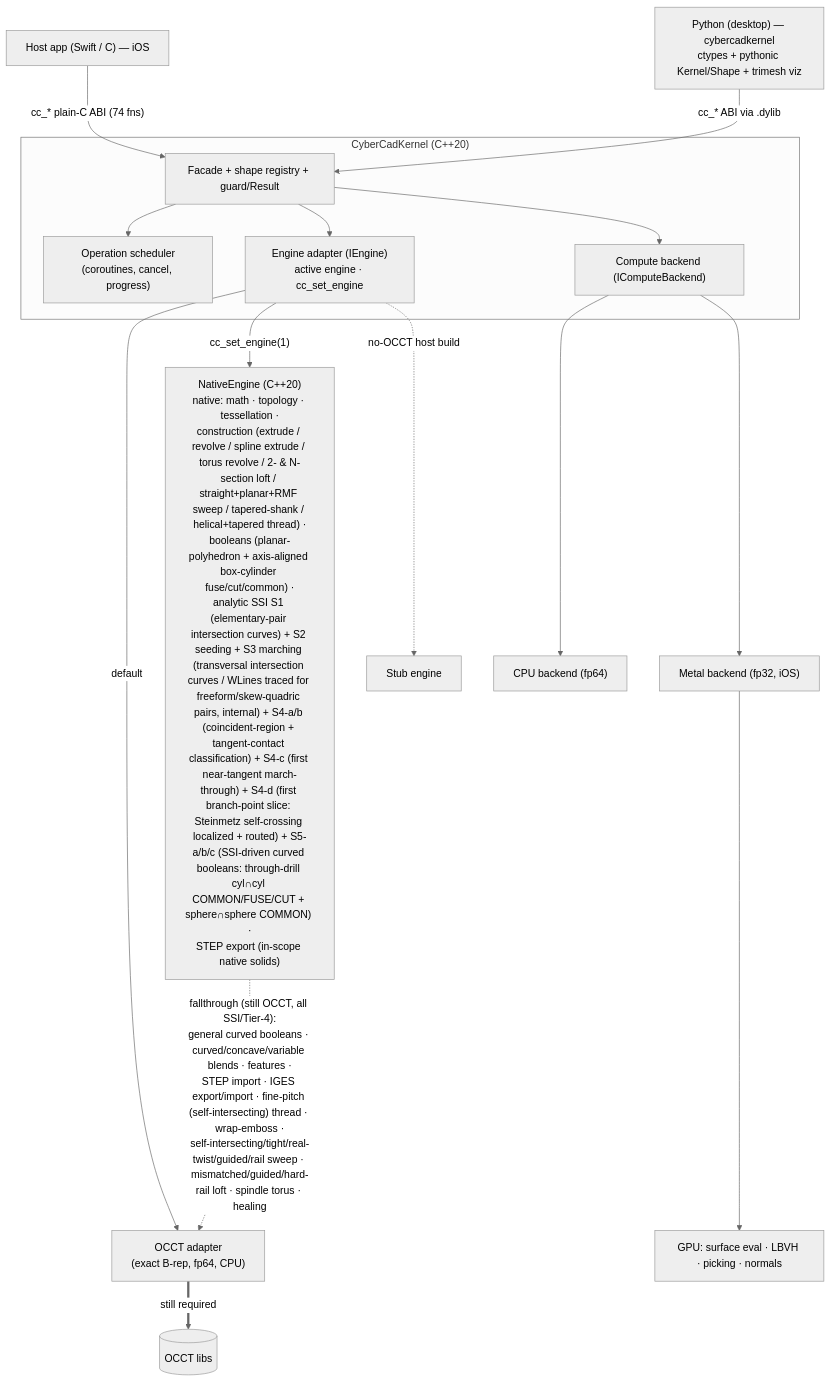
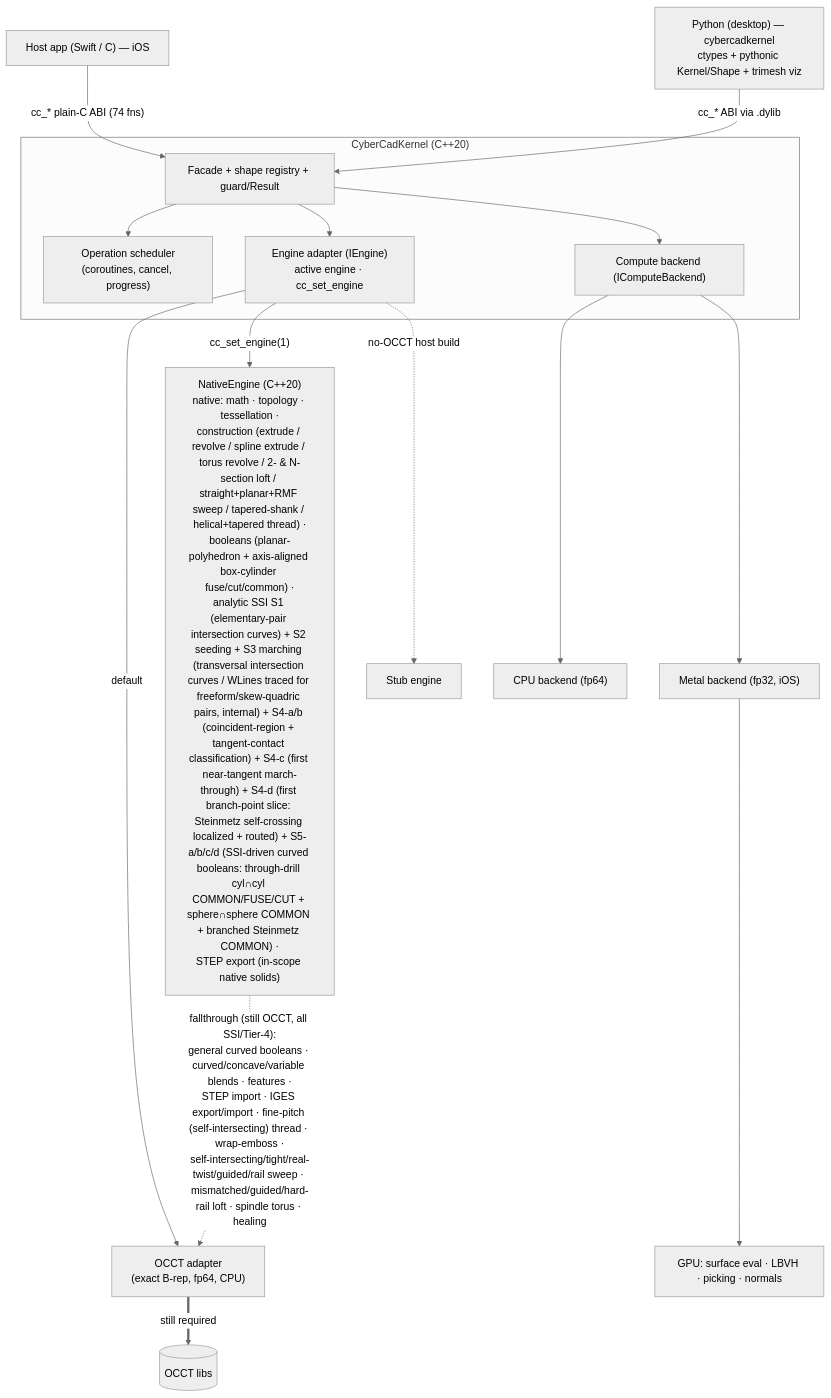
The diagram in README.md (CyberdyneCorp/CyberCadKernel), drawn with Mermaid (neutral theme) before and after one commit. The commit also changed other lines of this file and 17 other files, not shown here.

````diff
--- a/README.md
+++ b/README.md
@@ -33,27 +33,27 @@
 ```mermaid
 flowchart TD
     App["Host app (Swift / C) — iOS"] -->|"cc_* plain-C ABI (74 fns)"| Facade
     Py["Python (desktop) — cybercadkernel<br/>ctypes + pythonic Kernel/Shape + trimesh viz"] -->|"cc_* ABI via .dylib"| Facade
 
     subgraph Kernel["CyberCadKernel (C++20)"]
         Facade["Facade + shape registry + guard/Result"]
         Sched["Operation scheduler<br/>(coroutines, cancel, progress)"]
         Engine["Engine adapter (IEngine)<br/>active engine · cc_set_engine"]
         Compute["Compute backend (IComputeBackend)"]
 
         Facade --> Sched
         Facade --> Engine
         Facade --> Compute
     end
 
     Engine -->|"default"| OCCT["OCCT adapter<br/>(exact B-rep, fp64, CPU)"]
-    Engine -->|"cc_set_engine(1)"| Native["NativeEngine (C++20)<br/>native: math · topology · tessellation ·<br/>construction (extrude / revolve / spline extrude / torus revolve / 2- &amp; N-section loft / straight+planar+RMF sweep / tapered-shank / helical+tapered thread) ·<br/>booleans (planar-polyhedron + axis-aligned box-cylinder fuse/cut/common) ·<br/>analytic SSI S1 (elementary-pair intersection curves) + S2 seeding + S3 marching (transversal intersection curves / WLines traced for freeform/skew-quadric pairs, internal) + S4-a/b (coincident-region + tangent-contact classification) + S4-c (first near-tangent march-through) + S4-d (first branch-point slice: Steinmetz self-crossing localized + routed) + S5-a/b/c (SSI-driven curved booleans: through-drill cyl∩cyl COMMON/FUSE/CUT + sphere∩sphere COMMON) ·<br/>STEP export (in-scope native solids)"]
+    Engine -->|"cc_set_engine(1)"| Native["NativeEngine (C++20)<br/>native: math · topology · tessellation ·<br/>construction (extrude / revolve / spline extrude / torus revolve / 2- &amp; N-section loft / straight+planar+RMF sweep / tapered-shank / helical+tapered thread) ·<br/>booleans (planar-polyhedron + axis-aligned box-cylinder fuse/cut/common) ·<br/>analytic SSI S1 (elementary-pair intersection curves) + S2 seeding + S3 marching (transversal intersection curves / WLines traced for freeform/skew-quadric pairs, internal) + S4-a/b (coincident-region + tangent-contact classification) + S4-c (first near-tangent march-through) + S4-d (first branch-point slice: Steinmetz self-crossing localized + routed) + S5-a/b/c/d (SSI-driven curved booleans: through-drill cyl∩cyl COMMON/FUSE/CUT + sphere∩sphere COMMON + branched Steinmetz COMMON) ·<br/>STEP export (in-scope native solids)"]
     Engine -.->|"no-OCCT host build"| Stub["Stub engine"]
 
     Native -.->|"fallthrough (still OCCT, all SSI/Tier-4):<br/>general curved booleans · curved/concave/variable blends · features ·<br/>STEP import · IGES export/import · fine-pitch (self-intersecting) thread · wrap-emboss ·<br/>self-intersecting/tight/real-twist/guided/rail sweep · mismatched/guided/hard-rail loft · spindle torus · healing"| OCCT
     OCCT ==>|"still required"| OCCTlib[("OCCT libs")]
 
     Compute --> CPUb["CPU backend (fp64)"]
     Compute --> Metal["Metal backend (fp32, iOS)"]
     Metal --> GPU["GPU: surface eval · LBVH · picking · normals"]
 ```
````
